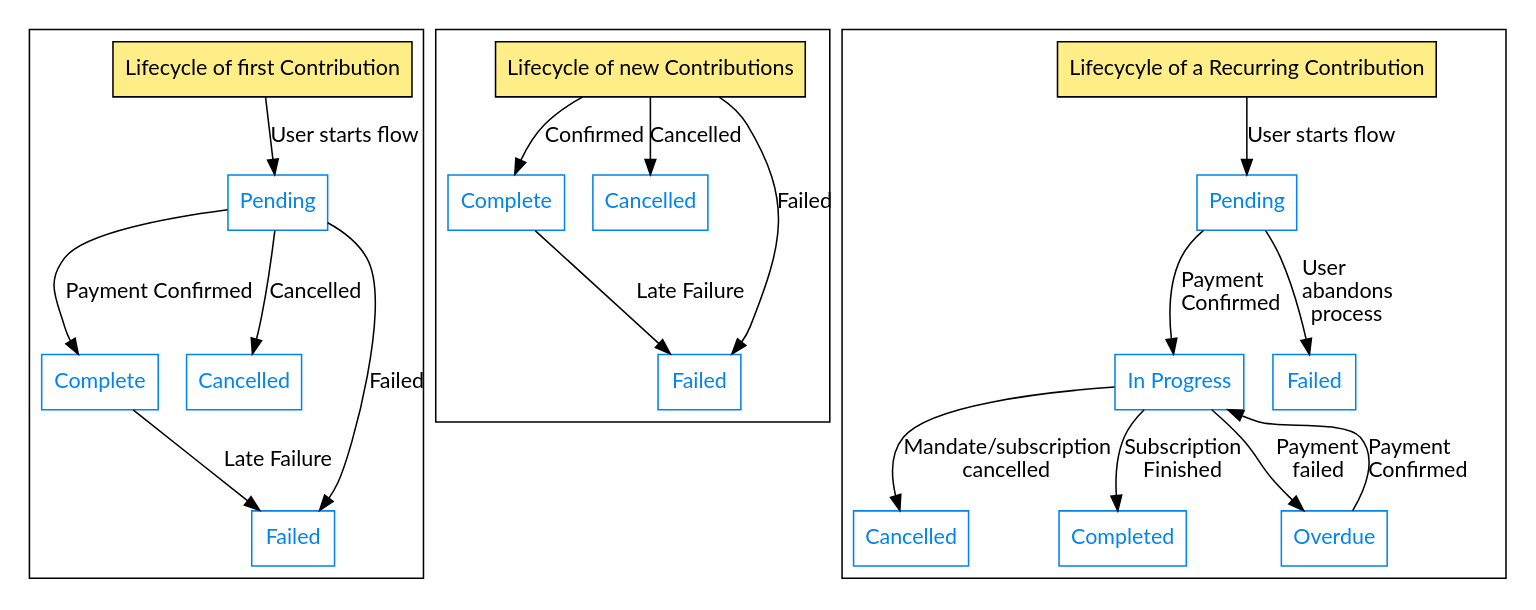
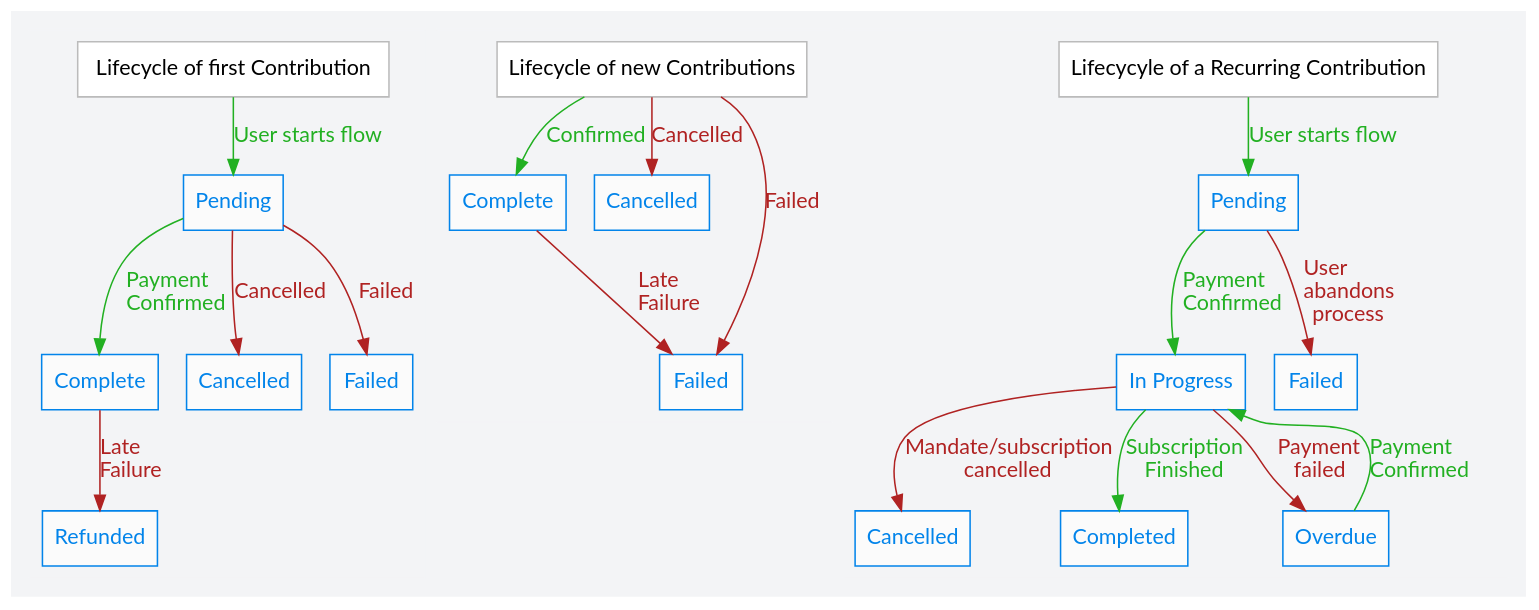
One commit to artfulrobot/uk.artfulrobot.civicrm.gocardless changed the diagram in doc/lifecycle.dot. Above: the diagram before and after it, drawn with Graphviz. The commit also changed 4 other files, not shown here.

```diff
--- a/doc/lifecycle.dot
+++ b/doc/lifecycle.dot
@@ -1,51 +1,57 @@
 digraph A {
-  graph [fontname="Lato"]
-  node [fontname="Lato", shape=rectangle]
+  # fffdf3 dawn
+  # fef4f6 eggshell
+  graph [fontname="Lato", bgcolor="#f3f4f6", ]
+  node [fontname="Lato", shape=rectangle, style="filled", fillcolor="#fbfbfb"]
   edge [fontname="Lato"]
 
 
   subgraph cluster_a {
-    start [label="Lifecycle of first Contribution", style="filled", fillcolor="#ffee88"]
+    color="#f3f4f6"
+    start [label=" Lifecycle of first Contribution ",  style="filled", fillcolor="#ffffff", color="#ffffff", color="#bbbbbb"]
     statusPending [label="Pending" color="#0284ea", fontcolor="#0284ea"]
     statusComplete [label="Complete" color="#0284ea", fontcolor="#0284ea"]
     statusCancelled [label="Cancelled" color="#0284ea", fontcolor="#0284ea"]
     statusFailed [label="Failed" color="#0284ea", fontcolor="#0284ea"]
+    statusRefunded [label="Refunded" color="#0284ea", fontcolor="#0284ea"]
 
-    start -> statusPending [label="User starts flow"]
-    statusPending -> statusComplete [label="Payment Confirmed"]
-    statusComplete -> statusFailed [label="Late Failure"]
-    statusPending -> statusCancelled [label="Cancelled"]
-    statusPending -> statusFailed [label="Failed"]
+    start -> statusPending [label="User starts flow", color="#22b022", fontcolor="#22b022"]
+    statusPending -> statusComplete [label="Payment\lConfirmed", color="#22b022", fontcolor="#22b022"]
+    statusComplete -> statusRefunded [label="Late\lFailure", color="#b02222", fontcolor="#b02222"]
+    statusPending -> statusCancelled [label="Cancelled", color="#b02222", fontcolor="#b02222"]
+    statusPending -> statusFailed [label="Failed", color="#b02222", fontcolor="#b02222"]
   }
 
   subgraph cluster_c {
-    startNew [label="Lifecycle of new Contributions", style="filled", fillcolor="#ffee88"]
+    color="#f3f4f6"
+    startNew [label="Lifecycle of new Contributions", style="filled", fillcolor="#ffffff", color="#ffffff", color="#bbbbbb"]
     statusNewComplete [label="Complete" color="#0284ea", fontcolor="#0284ea"]
     statusNewCancelled [label="Cancelled" color="#0284ea", fontcolor="#0284ea"]
     statusNewFailed [label="Failed" color="#0284ea", fontcolor="#0284ea"]
 
-    startNew -> statusNewComplete [label="Confirmed"]
-    startNew -> statusNewFailed [label="Failed"]
-    startNew -> statusNewCancelled [label="Cancelled"]
-    statusNewComplete -> statusNewFailed [label="Late Failure"]
+    startNew -> statusNewComplete [label="Confirmed", color="#22b022", fontcolor="#22b022"]
+    startNew -> statusNewFailed [label="Failed", color="#b02222", fontcolor="#b02222"]
+    startNew -> statusNewCancelled [label="Cancelled", color="#b02222", fontcolor="#b02222"]
+    statusNewComplete -> statusNewFailed [label="Late\lFailure", color="#b02222", fontcolor="#b02222"]
   }
 
   subgraph cluster_b {
-    start2 [label="Lifecycyle of a Recurring Contribution", style="filled", fillcolor="#ffee88"]
+    color="#f3f4f6"
+    start2 [label="Lifecycyle of a Recurring Contribution", style="filled", fillcolor="#ffffff", color="#ffffff", color="#bbbbbb"]
     statusCrPending [label="Pending" color="#0284ea", fontcolor="#0284ea"]
     statusCrIP [label="In Progress" color="#0284ea", fontcolor="#0284ea"]
     statusCrCancelled [label="Cancelled" color="#0284ea", fontcolor="#0284ea"]
     statusCrFailed [label="Failed" color="#0284ea", fontcolor="#0284ea"]
     statusCrOverdue [label="Overdue" color="#0284ea", fontcolor="#0284ea"]
     statusCrCompleted [label="Completed" color="#0284ea", fontcolor="#0284ea"]
 
-    start2 -> statusCrPending [label="User starts flow"]
-    statusCrPending -> statusCrIP [label="Payment\lConfirmed"]
-    statusCrIP -> statusCrOverdue [label="Payment\lfailed"]
-    statusCrOverdue -> statusCrIP [label="Payment\lConfirmed"]
-    statusCrIP -> statusCrCancelled [label="Mandate/subscription\lcancelled"]
-    statusCrIP -> statusCrCompleted [label="Subscription\l Finished" ]
-    statusCrPending -> statusCrFailed [label="User\labandons\lprocess"]
+    start2 -> statusCrPending [label="User starts flow" , color="#22b022", fontcolor="#22b022"]
+    statusCrPending -> statusCrIP [label="Payment\lConfirmed", color="#22b022", fontcolor="#22b022"]
+    statusCrIP -> statusCrOverdue [label="Payment\lfailed", color="#b02222", fontcolor="#b02222"]
+    statusCrOverdue -> statusCrIP [label="Payment\lConfirmed", color="#22b022", fontcolor="#22b022"]
+    statusCrIP -> statusCrCancelled [label="Mandate/subscription\lcancelled", color="#b02222", fontcolor="#b02222"]
+    statusCrIP -> statusCrCompleted [label="Subscription\l Finished" , color="#22b022", fontcolor="#22b022"]
+    statusCrPending -> statusCrFailed [label="User\labandons\lprocess", color="#b02222", fontcolor="#b02222"]
 
   }
 }
```
